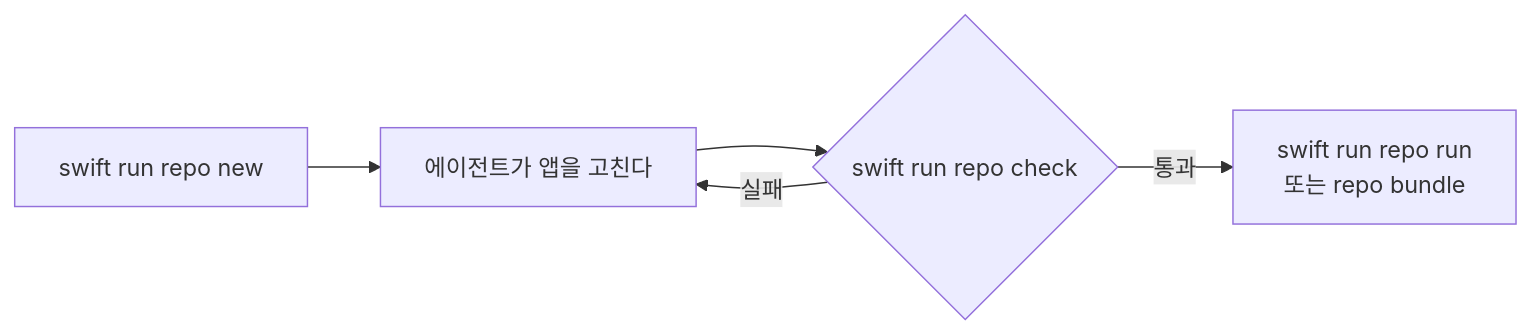
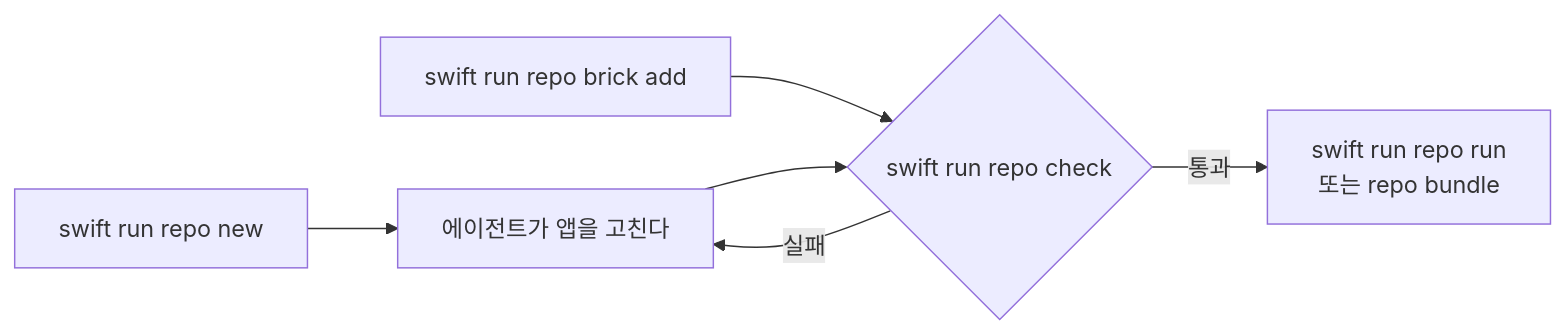
Before and after one commit to gujoai/gujo-apps-mono-template: the second of 2 diagrams in README.md, drawn with Mermaid. The commit also changed other lines of this file and 5 other files, not shown here.

````diff
--- a/README.md
+++ b/README.md
@@ -16,7 +18,8 @@
 ```mermaid
 flowchart LR
   N["swift run repo new"] --> E["에이전트가 앱을 고친다"]
+  B["swift run repo brick add"] --> C
   E --> C{"swift run repo check"}
   C -->|실패| E
   C -->|통과| R["swift run repo run<br/>또는 repo bundle"]
 ```
````
